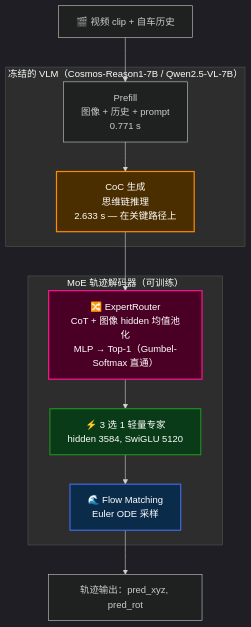
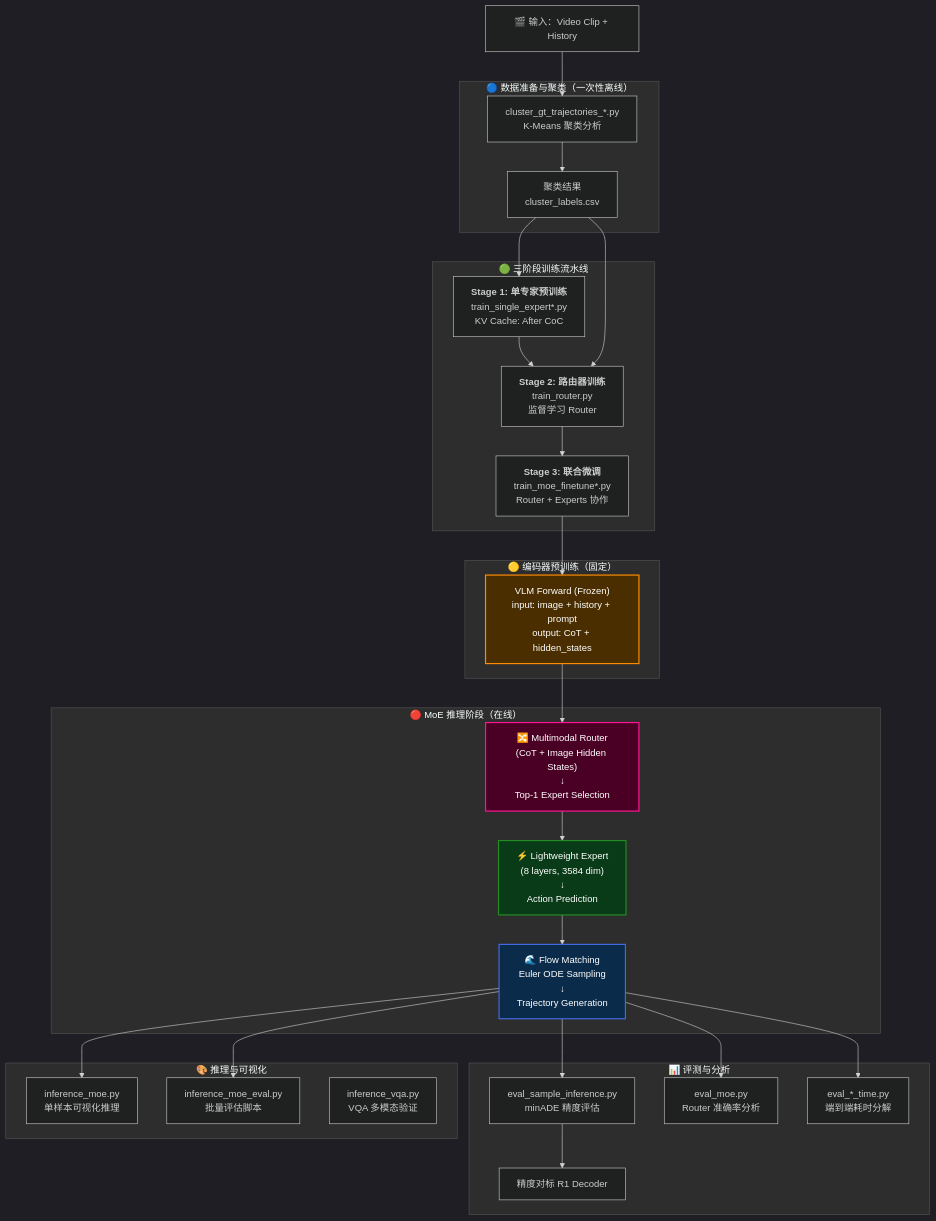
Before and after one commit to Graycia424/Alpamayo-Reproduction-Moe: the diagram in README_zh.md, drawn with Mermaid. The commit also changed other lines of this file and 1 other file, not shown here.

````diff
--- a/README_zh.md
+++ b/README_zh.md
@@ -138,27 +201,65 @@
 ```mermaid
 %%{init: {'theme': 'dark', 'themeVariables': { 'clusterBkg': '#2d2d2d', 'clusterBorder': '#555555' }}}%%
 graph TB
-    Start["🎬 视频 clip + 自车历史"]
-
-    subgraph "冻结的 VLM（Cosmos-Reason1-7B / Qwen2.5-VL-7B）"
-        Prefill["Prefill<br/>图像 + 历史 + prompt<br/>0.771 s"]
-        CoC["CoC 生成<br/>思维链推理<br/>2.633 s — 在关键路径上"]
-        Prefill --> CoC
+    Start["🎬 输入：Video Clip + History"]
+    
+    subgraph "🔵 数据准备与聚类（一次性离线）"
+        Cluster1["cluster_gt_trajectories_*.py<br/>K-Means 聚类分析"]
+        ClusterOut["聚类结果<br/>cluster_labels.csv"]
+        Cluster1 --> ClusterOut
     end
-
-    subgraph "MoE 轨迹解码器（可训练）"
-        Router["🔀 ExpertRouter<br/>CoT + 图像 hidden 均值池化<br/>MLP → Top-1（Gumbel-Softmax 直通）"]
-        Expert["⚡ 3 选 1 轻量专家<br/>hidden 3584, SwiGLU 5120"]
-        FM["🌊 Flow Matching<br/>Euler ODE 采样"]
-        Router --> Expert --> FM
+    
+    subgraph "🟢 三阶段训练流水线"
+        Stage1["<b>Stage 1: 单专家预训练</b><br/>train_single_expert*.py<br/>KV Cache: After CoC"]
+        Stage2["<b>Stage 2: 路由器训练</b><br/>train_router.py<br/>监督学习 Router"]
+        Stage3["<b>Stage 3: 联合微调</b><br/>train_moe_finetune*.py<br/>Router + Experts 协作"]
+        
+        Stage1 --> Stage2
+        Stage2 --> Stage3
     end
-
-    Start --> Prefill
-    CoC --> Router
-    FM --> Out["轨迹输出：pred_xyz, pred_rot"]
-
-    style CoC fill:#4A2E00,stroke:#FF8C00,stroke-width:2px,color:#ffffff
+    
+    subgraph "🟡 编码器预训练（固定）"
+        Encoder["VLM Forward (Frozen)<br/>input: image + history + prompt<br/>output: CoT + hidden_states"]
+    end
+    
+    subgraph "🔴 MoE 推理阶段（在线）"
+        Router["🔀 Multimodal Router<br/>(CoT + Image Hidden States)<br/>↓<br/>Top-1 Expert Selection"]
+        Expert["⚡ Lightweight Expert<br/>(8 layers, 3584 dim)<br/>↓<br/>Action Prediction"]
+        FM["🌊 Flow Matching<br/>Euler ODE Sampling<br/>↓<br/>Trajectory Generation"]
+        
+        Encoder --> Router
+        Router --> Expert
+        Expert --> FM
+    end
+    
+    subgraph "📊 评测与分析"
+        EvalPrecision["eval_sample_inference.py<br/>minADE 精度评估"]
+        EvalRouter["eval_moe.py<br/>Router 准确率分析"]
+        EvalTiming["eval_*_time.py<br/>端到端耗时分解"]
+        EvalRouterCompare["精度对标 R1 Decoder"]
+    end
+    
+    subgraph "🎨 推理与可视化"
+        InferenceMoE["inference_moe.py<br/>单样本可视化推理"]
+        InferenceEval["inference_moe_eval.py<br/>批量评估脚本"]
+        InferenceVQA["inference_vqa.py<br/>VQA 多模态验证"]
+    end
+    
+    Start --> Cluster1
+    ClusterOut --> Stage1
+    ClusterOut --> Stage2
+    Stage3 --> Encoder
+    FM --> EvalPrecision
+    FM --> EvalRouter
+    FM --> EvalTiming
+    FM --> InferenceMoE
+    FM --> InferenceEval
+    
+    EvalPrecision --> EvalRouterCompare
+    
+    %% 深色主题样式适配：深色背景 + 亮色边框 + 纯白字体
+    style Encoder fill:#4A2E00,stroke:#FF8C00,stroke-width:2px,color:#ffffff
     style Router fill:#4A0024,stroke:#FF1493,stroke-width:2px,color:#ffffff
     style Expert fill:#0A3B18,stroke:#228B22,stroke-width:2px,color:#ffffff
     style FM fill:#0A2B4A,stroke:#4169E1,stroke-width:2px,color:#ffffff
 ```
````
